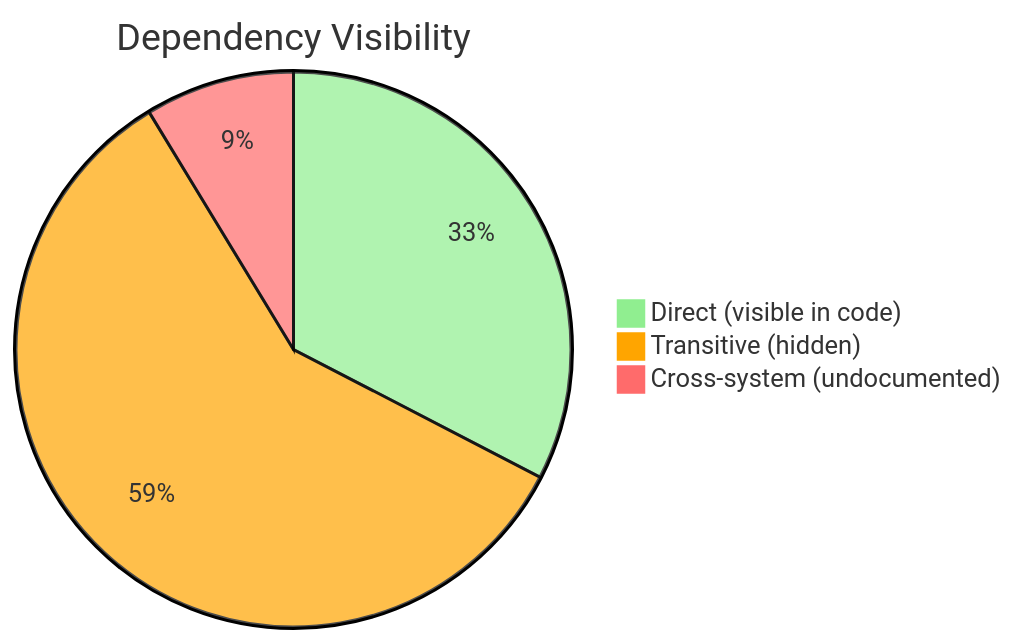
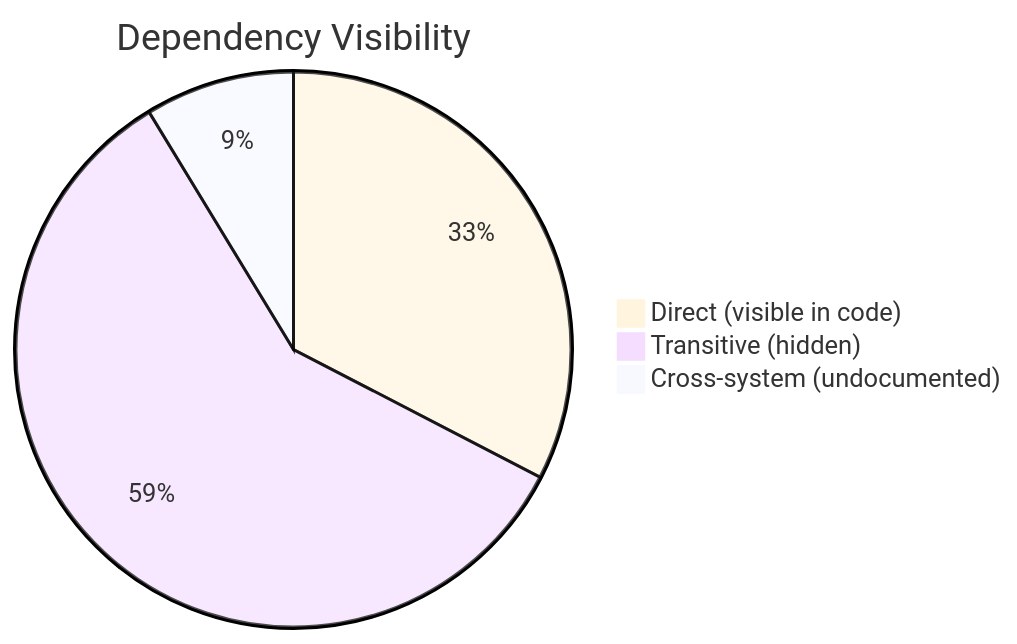
Before and after one commit to Lizo-RoadTown/PROVES_LIBRARY: the sixth of 6 diagrams in docs/diagrams/transitive-chains.md, drawn with Mermaid. The commit also changed other lines of this file and 14 other files, not shown here.

First line of the commit message:
Apply professional theme to all Mermaid diagrams

````diff
--- a/docs/diagrams/transitive-chains.md
+++ b/docs/diagrams/transitive-chains.md
@@ -413,7 +522,13 @@
 ```mermaid
-%%{init: {'theme':'base', 'themeVariables': { 'pie1':'#90ee90', 'pie2':'#ffa500', 'pie3':'#ff6b6b'}}}%%
+%%{init: {
+  'theme': 'base',
+  'themeVariables': {
+    'fontFamily': 'system-ui, -apple-system, sans-serif',
+    'fontSize': '14px'
+  }
+}}%%
 pie title Dependency Visibility
     "Direct (visible in code)" : 15
     "Transitive (hidden)" : 27
     "Cross-system (undocumented)" : 4
 ```
````
